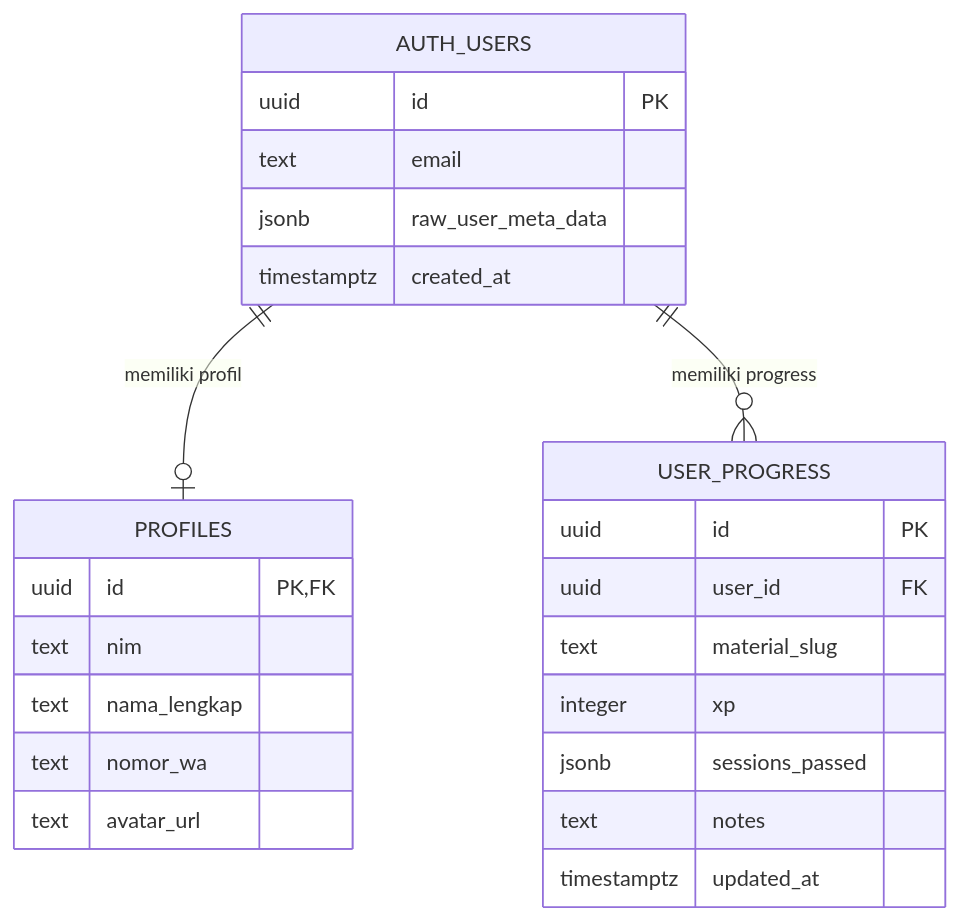
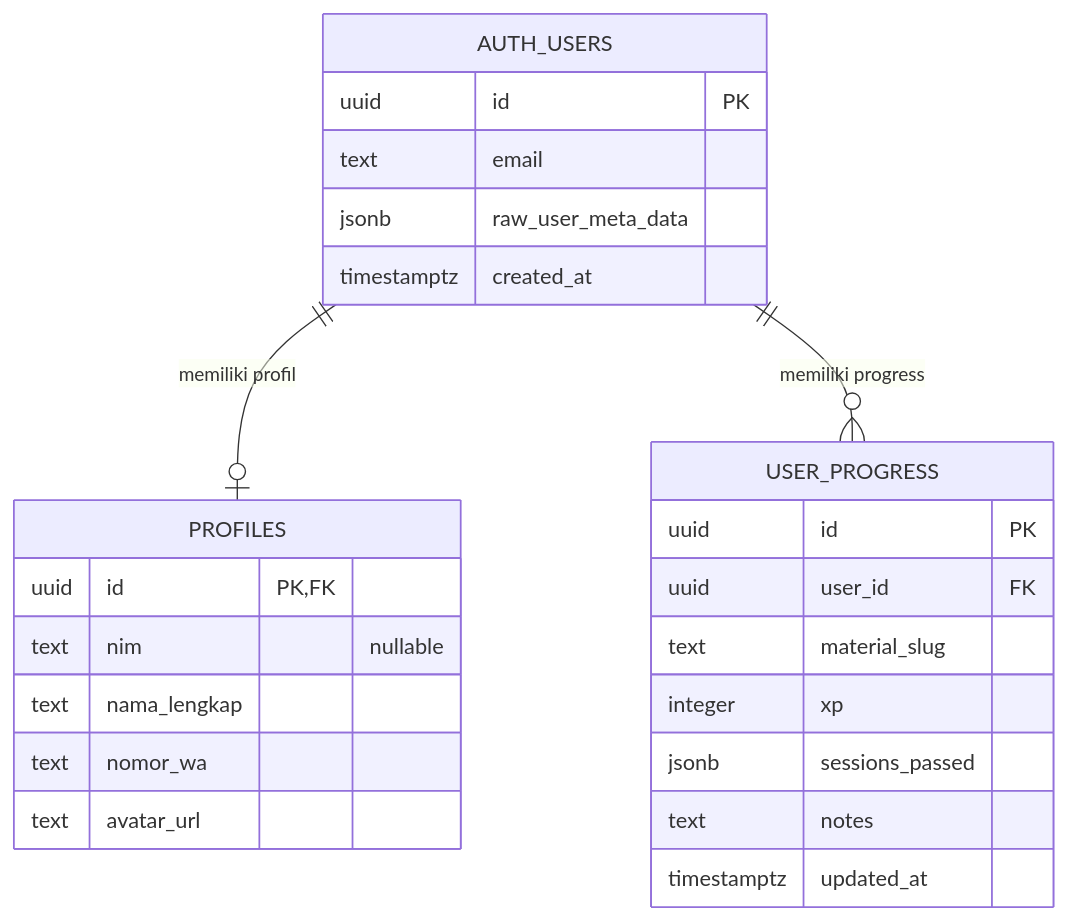
One commit to nandayudhistirawibowo/NdUniverse changed the diagram in ERD.md. Above: the diagram before and after it, drawn with Mermaid. The commit also changed other lines of this file and 2 other files, not shown here.

Commit message:
docs: total rebranding PRD, ERD, FLOWCHART untuk pengguna umum & fitur baru

````diff
--- a/ERD.md
+++ b/ERD.md
@@ -5,30 +5,30 @@
 ```mermaid
 erDiagram
     AUTH_USERS ||--o| PROFILES : "memiliki profil"
     AUTH_USERS ||--o{ USER_PROGRESS : "memiliki progress"
 
     AUTH_USERS {
         uuid id PK
         text email
         jsonb raw_user_meta_data
         timestamptz created_at
     }
 
     PROFILES {
         uuid id PK, FK
-        text nim
+        text nim "nullable"
         text nama_lengkap
         text nomor_wa
         text avatar_url
     }
 
     USER_PROGRESS {
         uuid id PK
         uuid user_id FK
         text material_slug
         integer xp
         jsonb sessions_passed
         text notes
         timestamptz updated_at
     }
 ```
````
